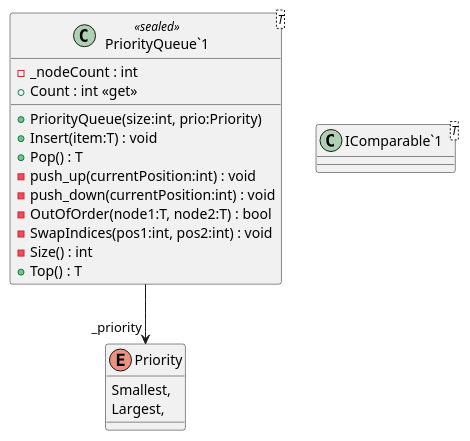
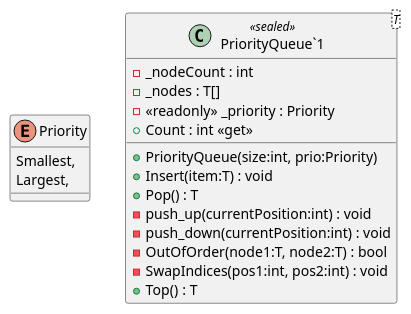
One commit to Liftyee/london-tube-navigator changed the diagram in TubeChallengeRouter/puml/PriorityQueue/PriorityQueue.puml. Above: the diagram before and after it, drawn with PlantUML. The commit also changed 26 other files, not shown here.

```diff
--- a/TubeChallengeRouter/puml/PriorityQueue/PriorityQueue.puml
+++ b/TubeChallengeRouter/puml/PriorityQueue/PriorityQueue.puml
@@ -1,22 +1,20 @@
 @startuml
 enum Priority {
     Smallest,
     Largest,
 }
 class "PriorityQueue`1"<T> <<sealed>> {
     - _nodeCount : int
+    - _nodes : T[]
+    - <<readonly>> _priority : Priority
     + Count : int <<get>>
     + PriorityQueue(size:int, prio:Priority)
     + Insert(item:T) : void
     + Pop() : T
     - push_up(currentPosition:int) : void
     - push_down(currentPosition:int) : void
     - OutOfOrder(node1:T, node2:T) : bool
     - SwapIndices(pos1:int, pos2:int) : void
-    - Size() : int
     + Top() : T
 }
-class "IComparable`1"<T> {
-}
-"PriorityQueue`1" --> "_priority" Priority
 @enduml
```
